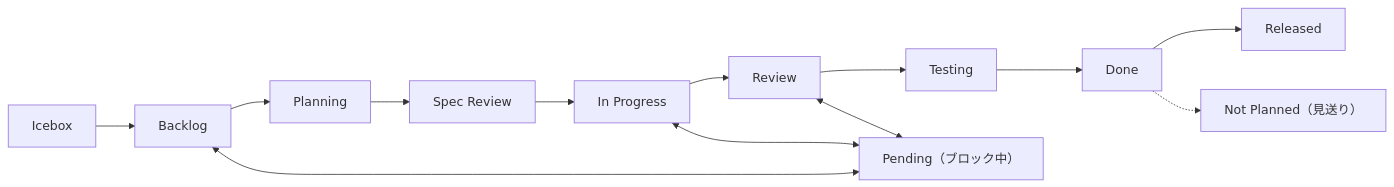
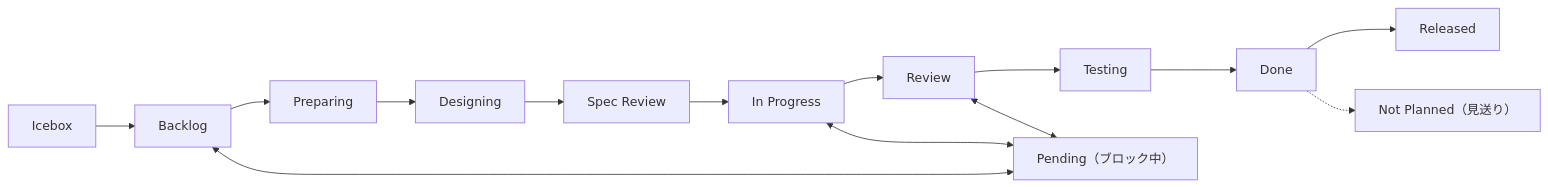
Before and after one commit to ShirokumaLibrary/shirokuma-plugins: the diagram in shirokuma-skills-ja/rules/github/project-items.md, drawn with Mermaid. The commit also changed other lines of this file and 89 other files, not shown here.

````diff
--- a/shirokuma-skills-ja/rules/github/project-items.md
+++ b/shirokuma-skills-ja/rules/github/project-items.md
@@ -14,9 +14,9 @@
 ```mermaid
 graph LR
-  Icebox --> Backlog --> Planning --> SpecReview[Spec Review]
+  Icebox --> Backlog --> Preparing --> Designing --> SpecReview[Spec Review]
   SpecReview --> InProgress[In Progress] --> Review --> Testing --> Done --> Released
   InProgress <--> Pending["Pending（ブロック中）"]
   Review <--> Pending
   Backlog <--> Pending
   Done -.-> NotPlanned["Not Planned（見送り）"]
 ```
````
